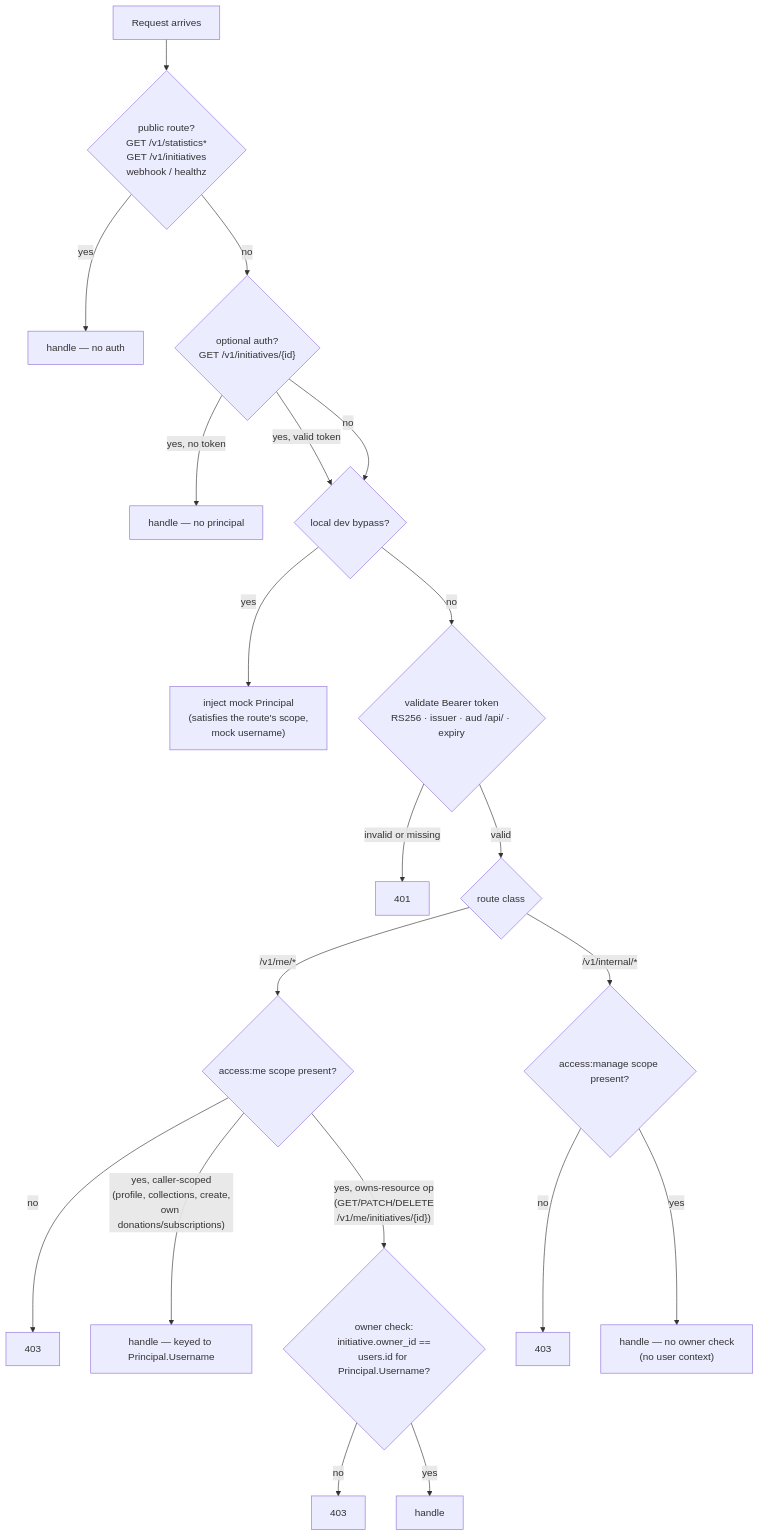
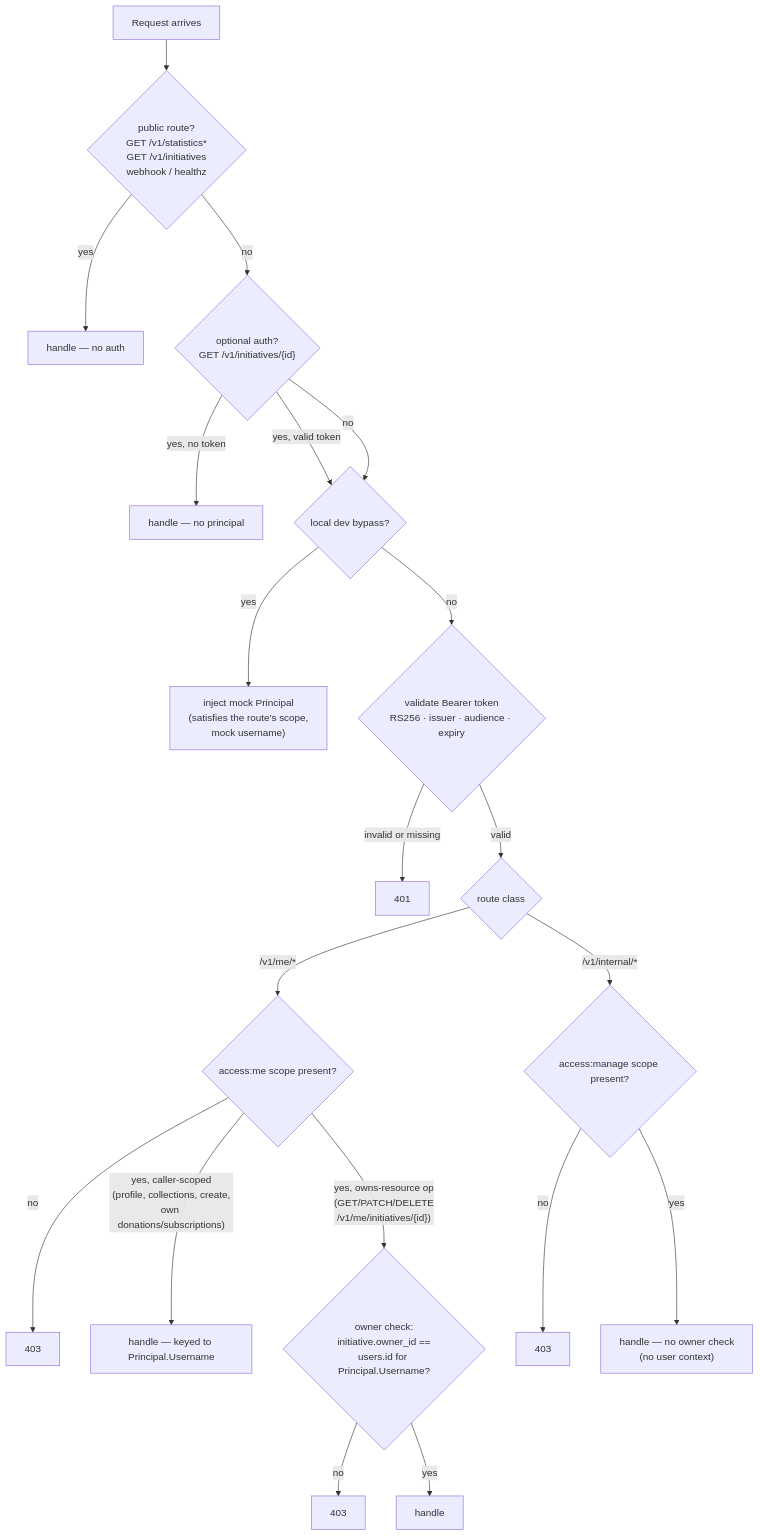
Before and after one commit to linuxfoundation/lfx-crowdfunding: the eighth of 8 diagrams in backend/docs/rewrite/09-authentication-architecture.md, drawn with Mermaid. The commit also changed other lines of this file and 1 other file, not shown here.

First line of the commit message:
docs: fix audience URLs, Auth0 tenant info, and remove status tracking

````diff
--- a/backend/docs/rewrite/09-authentication-architecture.md
+++ b/backend/docs/rewrite/09-authentication-architecture.md
@@ -335,26 +338,26 @@
 ```mermaid
 flowchart TD
     A[Request arrives] --> B{"public route?<br/>GET /v1/statistics*<br/>GET /v1/initiatives<br/>webhook / healthz"}
     B -- yes --> PUB["handle — no auth"]
     B -- no --> C{"optional auth?<br/>GET /v1/initiatives/{id}"}
     C -- "yes, no token" --> OPT["handle — no principal"]
     C -- "yes, valid token" --> D
     C -- no --> D
 
     D{"local dev bypass?"}
     D -- yes --> E["inject mock Principal<br/>(satisfies the route's scope,<br/>mock username)"]
-    D -- no --> F{"validate Bearer token<br/>RS256 · issuer · aud /api/ · expiry"}
+    D -- no --> F{"validate Bearer token<br/>RS256 · issuer · audience · expiry"}
     F -- "invalid or missing" --> G[401]
     F -- valid --> H{"route class"}
 
     H -- "/v1/me/*" --> I{"access:me scope present?"}
     I -- no --> J[403]
     I -- "yes, caller-scoped<br/>(profile, collections, create,<br/>own donations/subscriptions)" --> K["handle — keyed to Principal.Username"]
     I -- "yes, owns-resource op<br/>(GET/PATCH/DELETE<br/>/v1/me/initiatives/{id})" --> L{"owner check:<br/>initiative.owner_id ==<br/>users.id for Principal.Username?"}
     L -- no --> M[403]
     L -- yes --> N[handle]
 
     H -- "/v1/internal/*" --> O{"access:manage scope present?"}
     O -- no --> P[403]
     O -- yes --> Q["handle — no owner check<br/>(no user context)"]
 ```
````
